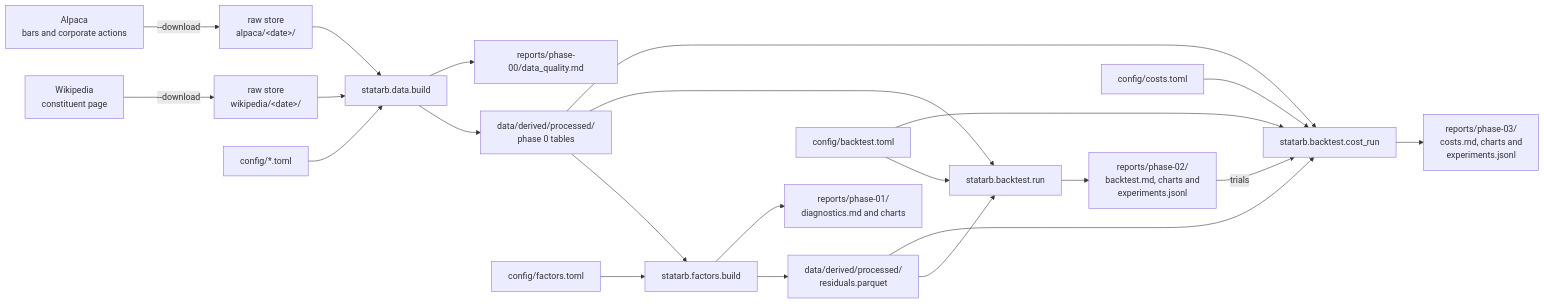
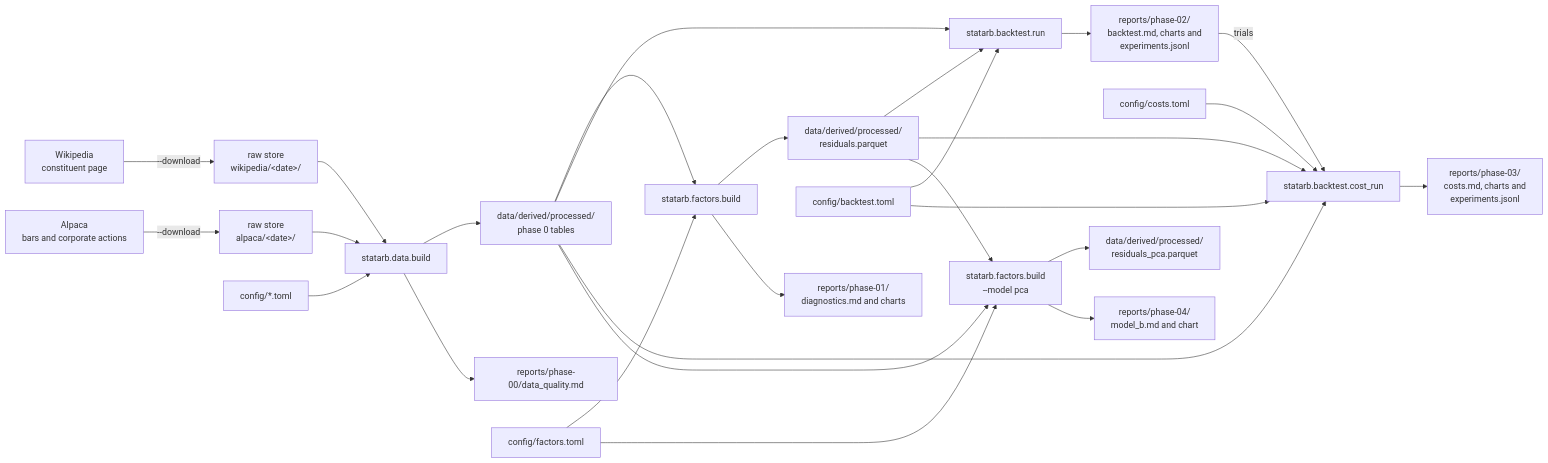
The diagram in docs/architecture.md (tcrossland/stat-arb-from-scratch), drawn with Mermaid before and after one commit. The commit also changed other lines of this file and 13 other files, not shown here.

````diff
--- a/docs/architecture.md
+++ b/docs/architecture.md
@@ -7,24 +7,29 @@
 ```mermaid
 flowchart LR
     W["Wikipedia<br/>constituent page"] -->|--download| RW["raw store<br/>wikipedia/&lt;date&gt;/"]
     A["Alpaca<br/>bars and corporate actions"] -->|--download| RA["raw store<br/>alpaca/&lt;date&gt;/"]
     RW --> B["statarb.data.build"]
     RA --> B
     C["config/*.toml"] --> B
     B --> P["data/derived/processed/<br/>phase 0 tables"]
     B --> Q["reports/phase-00/data_quality.md"]
     P --> F["statarb.factors.build"]
     CF["config/factors.toml"] --> F
     F --> RS["data/derived/processed/<br/>residuals.parquet"]
     F --> FR["reports/phase-01/<br/>diagnostics.md and charts"]
     P --> BT["statarb.backtest.run"]
     RS --> BT
     CB["config/backtest.toml"] --> BT
     BT --> BR["reports/phase-02/<br/>backtest.md, charts and<br/>experiments.jsonl"]
     P --> CR["statarb.backtest.cost_run"]
     RS --> CR
     CB --> CR
     CC["config/costs.toml"] --> CR
     BR -->|trials| CR
     CR --> CRR["reports/phase-03/<br/>costs.md, charts and<br/>experiments.jsonl"]
+    P --> FB["statarb.factors.build<br/>--model pca"]
+    RS --> FB
+    CF --> FB
+    FB --> RB["data/derived/processed/<br/>residuals_pca.parquet"]
+    FB --> FBR["reports/phase-04/<br/>model_b.md and chart"]
 ```
````
